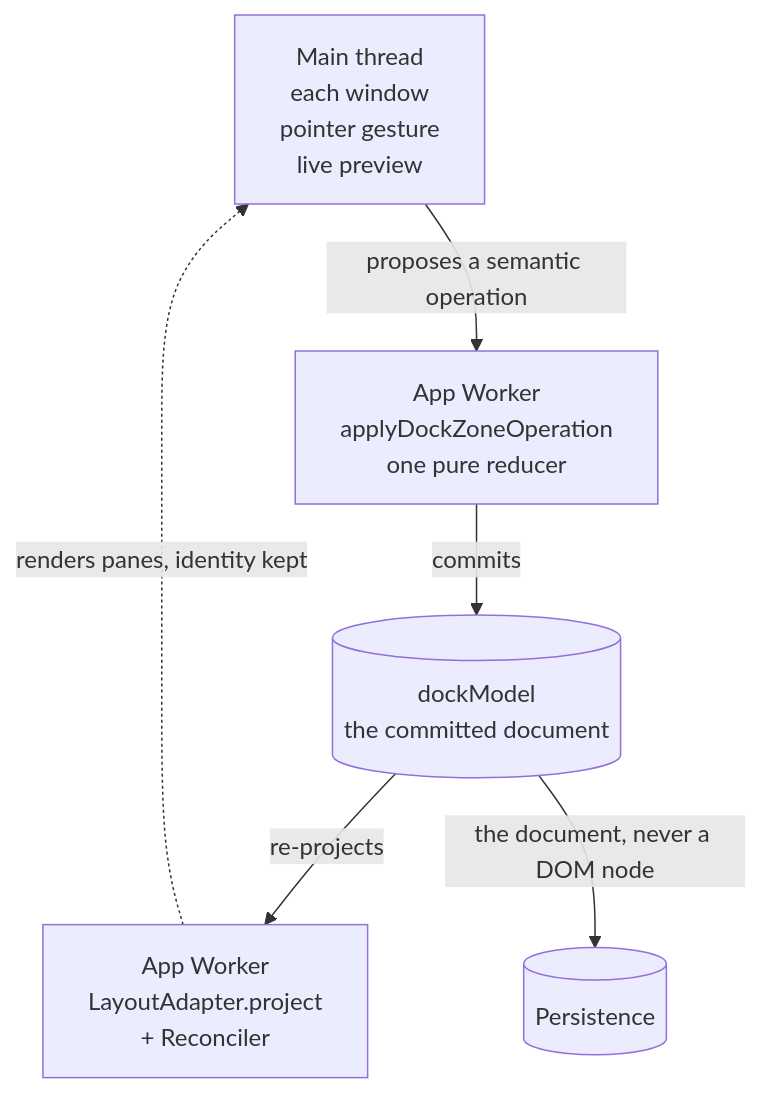
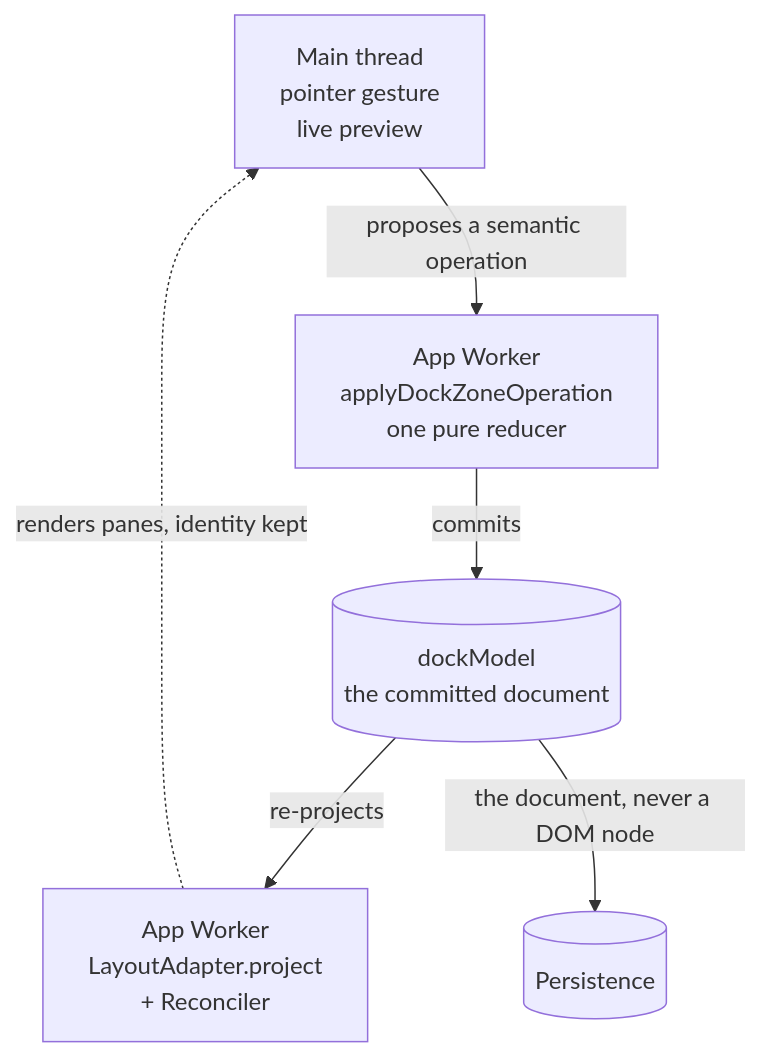
Before and after one commit to neomjs/neo: the diagram in .github/RELEASE_NOTES/v13.2.0.md, drawn with Mermaid. The commit also changed other lines of this file, not shown here.

````diff
--- a/.github/RELEASE_NOTES/v13.2.0.md
+++ b/.github/RELEASE_NOTES/v13.2.0.md
@@ -52,13 +54,13 @@
 ```mermaid
 flowchart TD
-    gesture["Main thread<br/>each window<br/>pointer gesture<br/>live preview"]
+    gesture["Main thread<br/>pointer gesture<br/>live preview"]
     reducer["App Worker<br/>applyDockZoneOperation<br/>one pure reducer"]
     doc[("dockModel<br/>the committed document")]
     project["App Worker<br/>LayoutAdapter.project<br/>+ Reconciler"]
     store[("Persistence")]
     gesture -- "proposes a semantic operation" --> reducer
     reducer -- "commits" --> doc
     doc -- "re-projects" --> project
     project -. "renders panes, identity kept" .-> gesture
     doc -- "the document, never a DOM node" --> store
 ```
````
